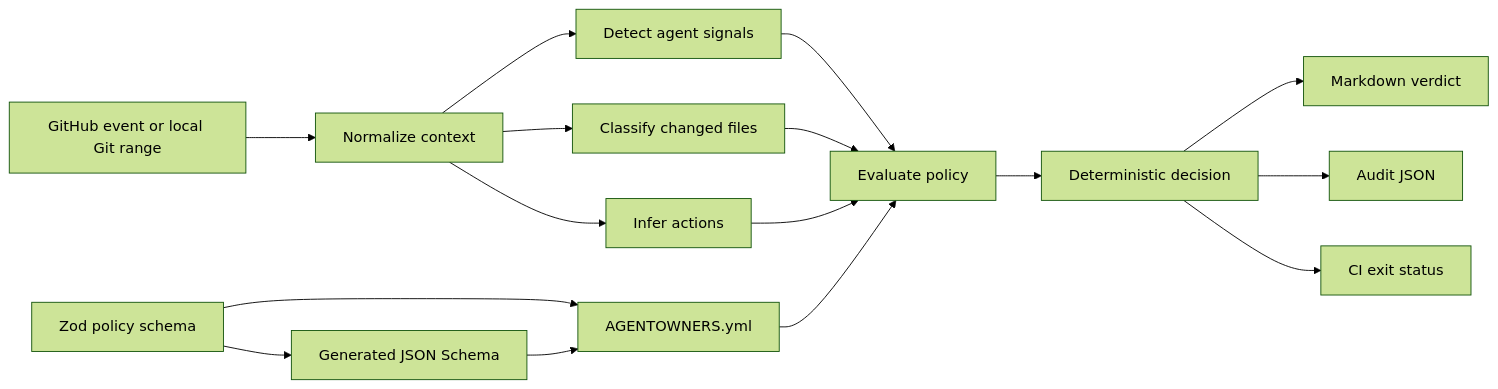
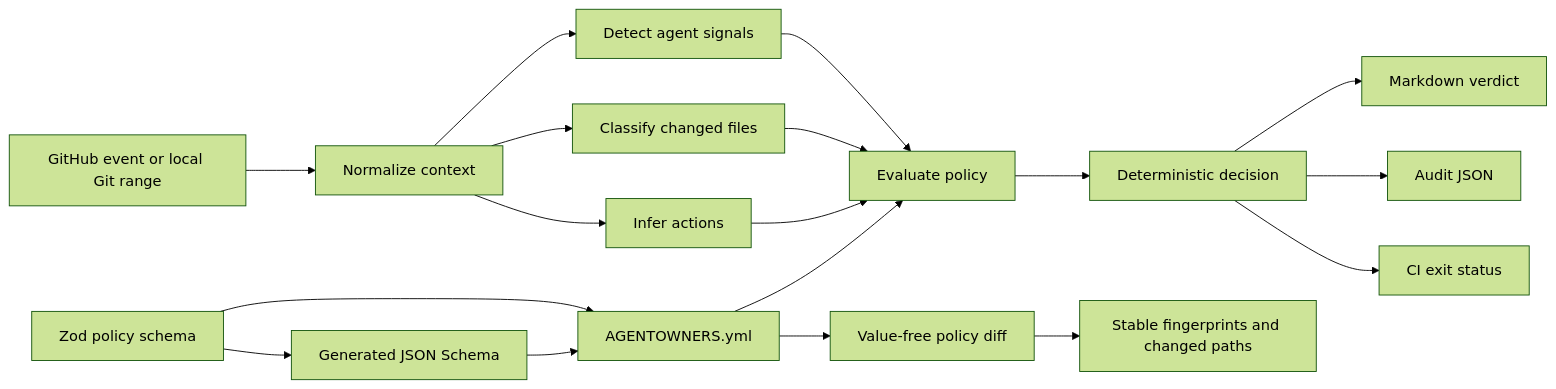
Before and after one commit to streamentry/AGENTOWNERS: the first of 3 diagrams in docs/architecture.md, drawn with Mermaid (forest theme). The commit also changed other lines of this file and 67 other files, not shown here.

First line of the commit message:
feat(cli): add deterministic policy diff evidence (#98)

````diff
--- a/docs/architecture.md
+++ b/docs/architecture.md
@@ -8,18 +8,20 @@
 ```mermaid
 flowchart LR
   A[GitHub event or local Git range] --> B[Normalize context]
   B --> C[Detect agent signals]
   B --> D[Classify changed files]
   B --> E[Infer actions]
   C --> F[Evaluate policy]
   D --> F
   E --> F
   P[AGENTOWNERS.yml] --> F
   Z[Zod policy schema] --> P
   Z --> S[Generated JSON Schema]
   S --> P
   F --> G[Deterministic decision]
   G --> H[Markdown verdict]
   G --> I[Audit JSON]
   G --> J[CI exit status]
+  P --> K[Value-free policy diff]
+  K --> L[Stable fingerprints and changed paths]
 ```
````
